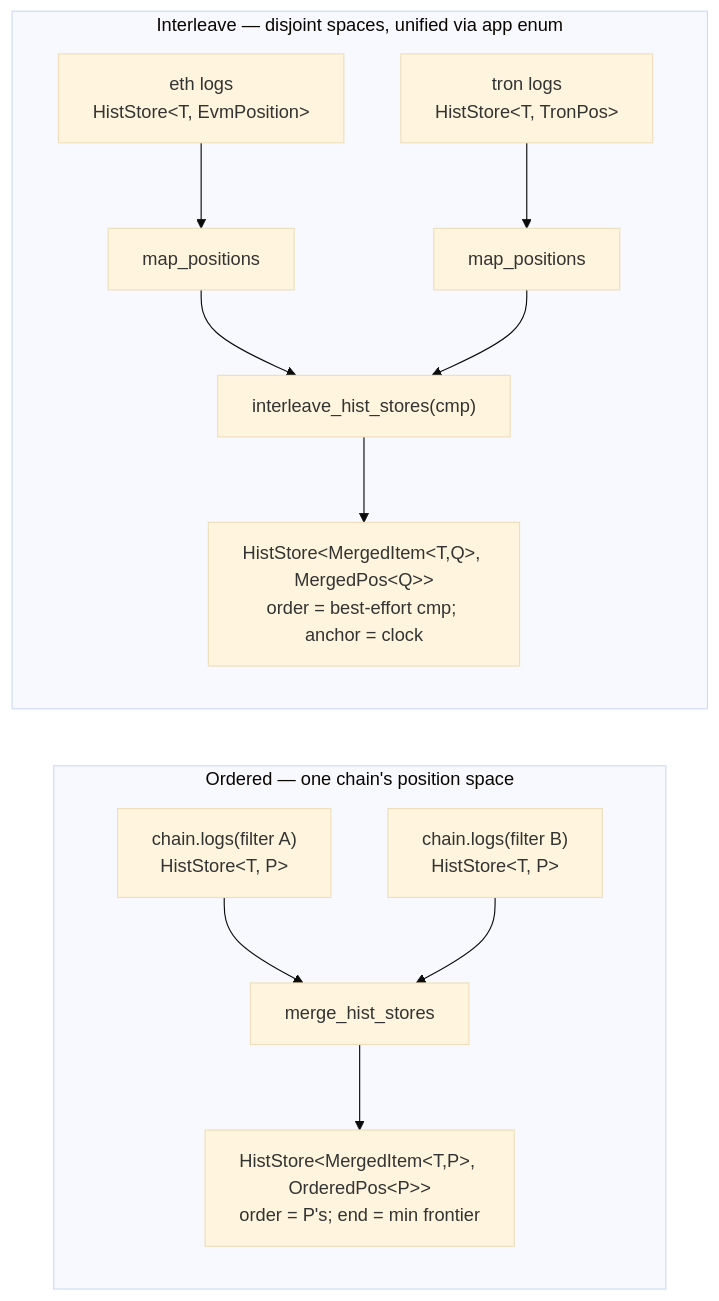
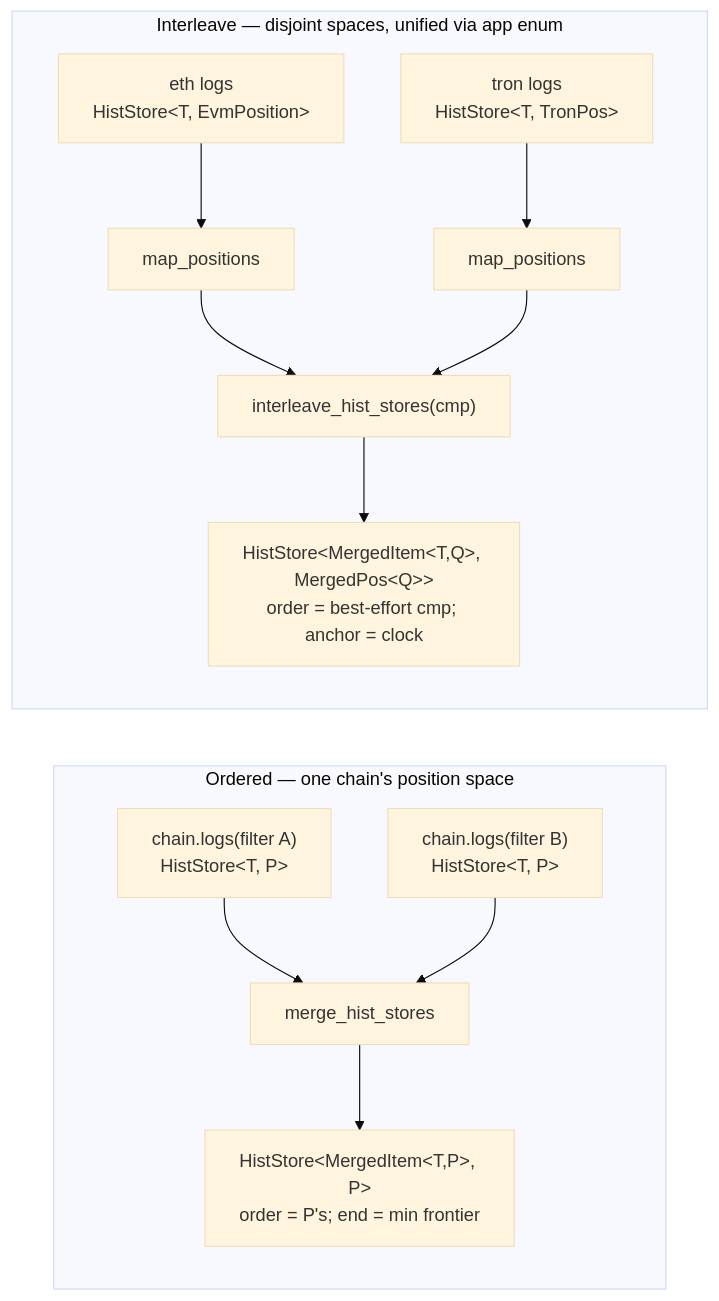
Before and after one commit to nikicat/chainfold: the fourth of 12 diagrams in docs/ARCHITECTURE.md, drawn with Mermaid (base theme). The commit also changed other lines of this file and 2 other files, not shown here.

First line of the commit message:
docs: ordered merge coalesces — plain-P anchors in §7 and friends

````diff
--- a/docs/ARCHITECTURE.md
+++ b/docs/ARCHITECTURE.md
@@ -623,15 +623,15 @@
 ```mermaid
 flowchart LR
     subgraph ORD["Ordered — one chain's position space"]
         F1["chain.logs(filter A)<br/>HistStore&lt;T, P&gt;"] --> OM["merge_hist_stores"]
         F2["chain.logs(filter B)<br/>HistStore&lt;T, P&gt;"] --> OM
-        OM --> OOut["HistStore&lt;MergedItem&lt;T,P&gt;, OrderedPos&lt;P&gt;&gt;<br/>order = P's; end = min frontier"]
+        OM --> OOut["HistStore&lt;MergedItem&lt;T,P&gt;, P&gt;<br/>order = P's; end = min frontier"]
     end
     subgraph INT["Interleave — disjoint spaces, unified via app enum"]
         E1["eth logs<br/>HistStore&lt;T, EvmPosition&gt;"] --> MP1["map_positions"]
         E2["tron logs<br/>HistStore&lt;T, TronPos&gt;"] --> MP2["map_positions"]
         MP1 --> IM["interleave_hist_stores(cmp)"]
         MP2 --> IM
         IM --> IOut["HistStore&lt;MergedItem&lt;T,Q&gt;, MergedPos&lt;Q&gt;&gt;<br/>order = best-effort cmp; anchor = clock"]
     end
 ```
````
